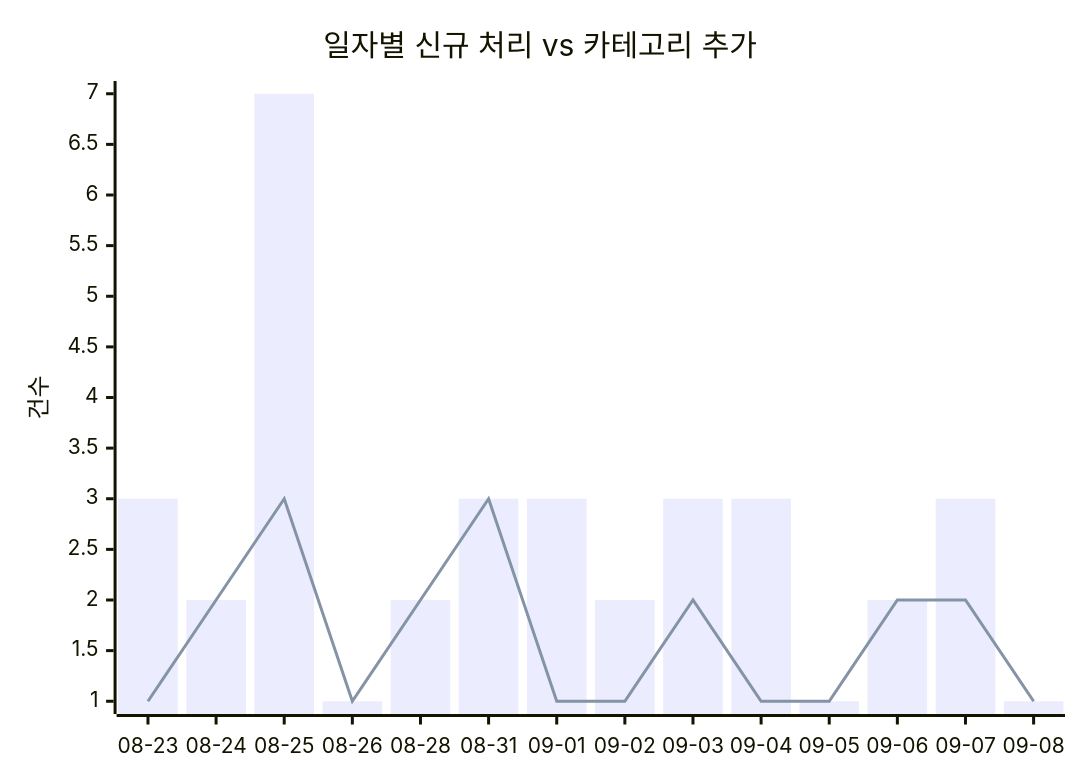
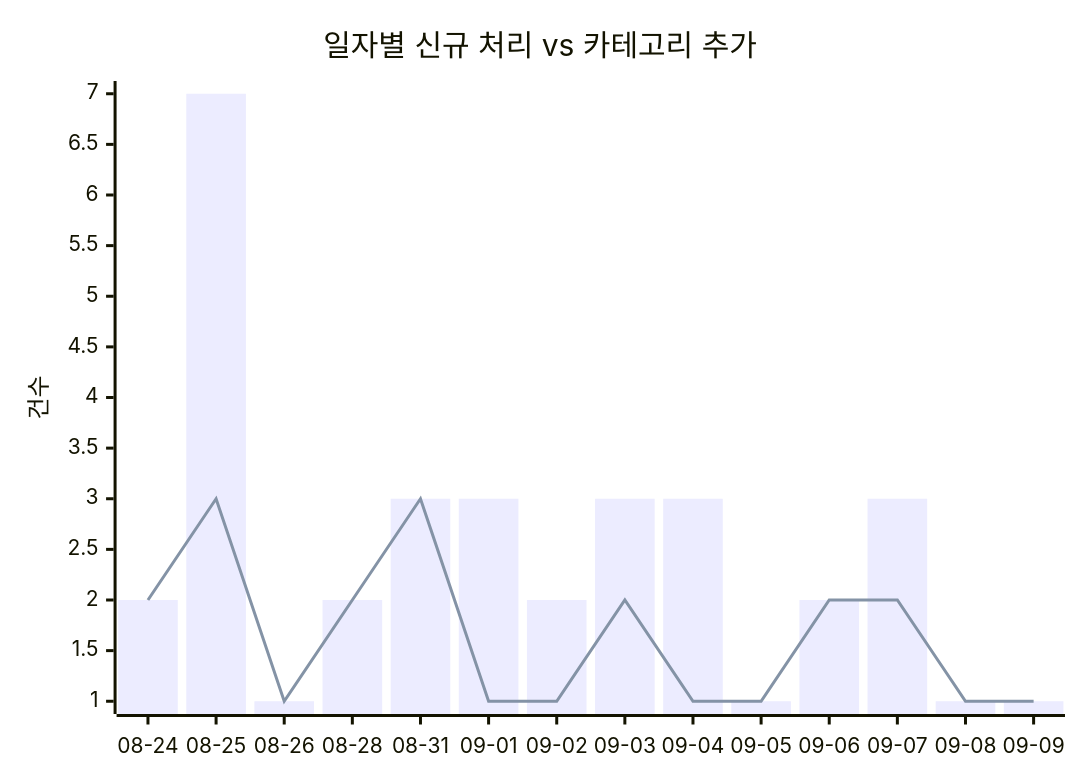
The first of 2 diagrams in docs/trends.md (J-nowcow/awesome-korean-agent-skills), drawn with Mermaid before and after one commit. The commit also changed other lines of this file and 3 other files, not shown here.

````diff
--- a/docs/trends.md
+++ b/docs/trends.md
@@ -32,8 +32,8 @@
 ```mermaid
 xychart-beta
     title "일자별 신규 처리 vs 카테고리 추가"
-    x-axis ["08-23","08-24","08-25","08-26","08-28","08-31","09-01","09-02","09-03","09-04","09-05","09-06","09-07","09-08"]
+    x-axis ["08-24","08-25","08-26","08-28","08-31","09-01","09-02","09-03","09-04","09-05","09-06","09-07","09-08","09-09"]
     y-axis "건수"
-    bar [3,2,7,1,2,3,3,2,3,3,1,2,3,1]
-    line [1,2,3,1,2,3,1,1,2,1,1,2,2,1]
+    bar [2,7,1,2,3,3,2,3,3,1,2,3,1,1]
+    line [2,3,1,2,3,1,1,2,1,1,2,2,1,1]
 ```
````
